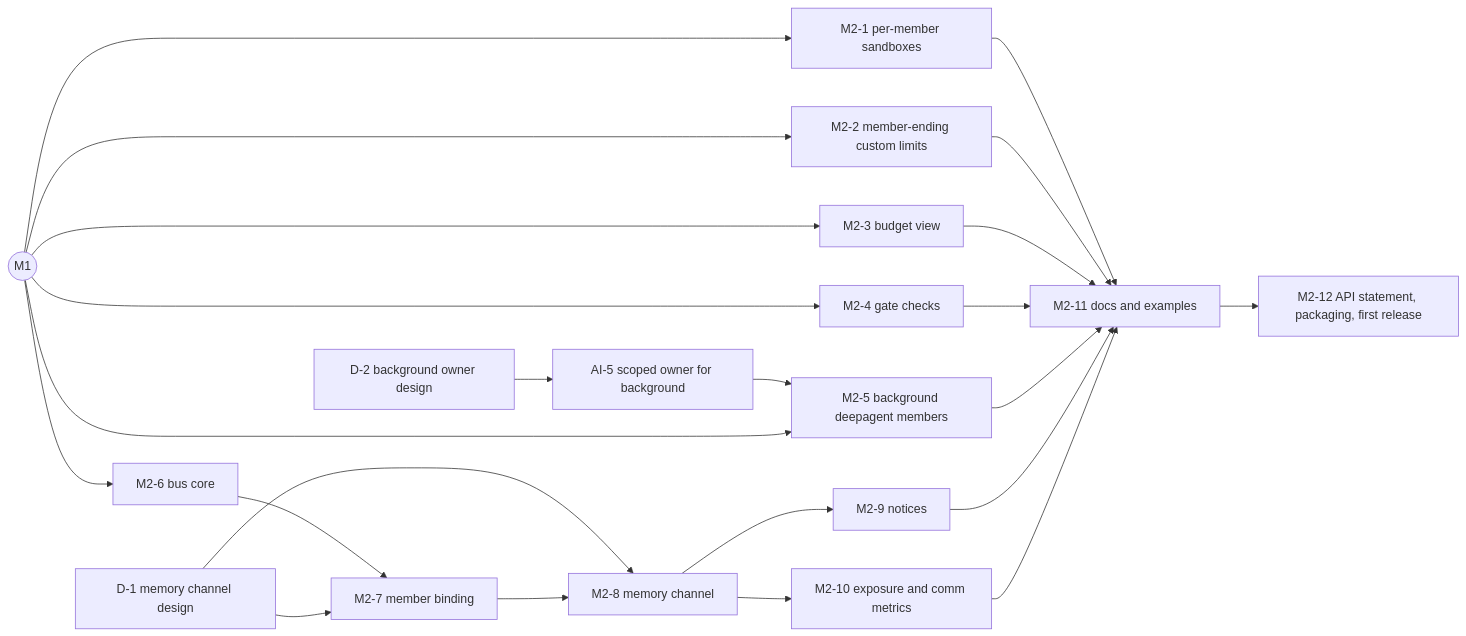
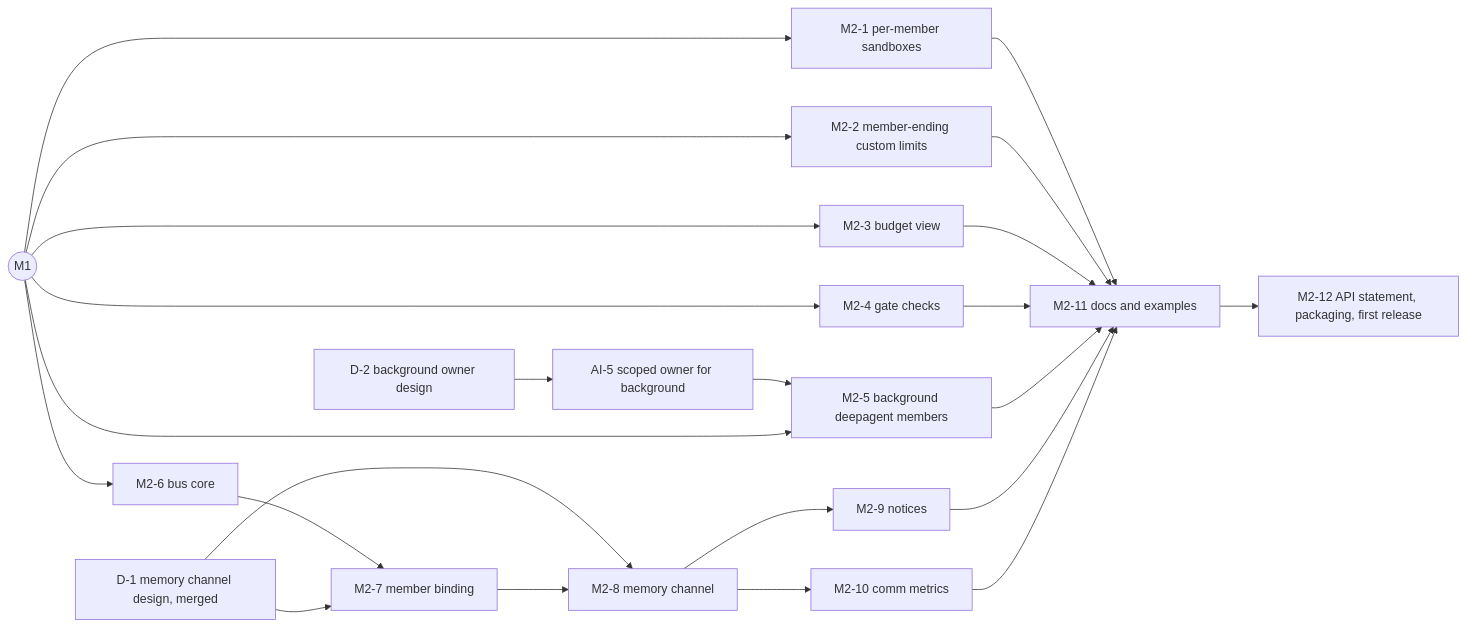
Before and after one commit to joesposito8/inspect_swarm: the second of 2 diagrams in design/swarm-implementation-plan.md, drawn with Mermaid. The commit also changed other lines of this file and 8 other files, not shown here.

````diff
--- a/design/swarm-implementation-plan.md
+++ b/design/swarm-implementation-plan.md
@@ -268,19 +268,19 @@
 ```mermaid
 flowchart LR
   M1((M1)) --> M2_1[M2-1 per-member sandboxes]
   M1 --> M2_2[M2-2 member-ending custom limits]
   M1 --> M2_3[M2-3 budget view]
   M1 --> M2_4[M2-4 gate checks]
   D2[D-2 background owner design] --> AI5[AI-5 scoped owner for background]
   AI5 --> M2_5[M2-5 background deepagent members]
   M1 --> M2_5
   M1 --> M2_6[M2-6 bus core]
   M2_6 --> M2_7[M2-7 member binding]
-  D1[D-1 memory channel design] --> M2_7
+  D1[D-1 memory channel design, merged] --> M2_7
   D1 --> M2_8
   M2_7 --> M2_8[M2-8 memory channel]
   M2_8 --> M2_9[M2-9 notices]
-  M2_8 --> M2_10[M2-10 exposure and comm metrics]
+  M2_8 --> M2_10[M2-10 comm metrics]
   M2_1 & M2_2 & M2_3 & M2_4 & M2_5 & M2_9 & M2_10 --> M2_11[M2-11 docs and examples]
   M2_11 --> M2_12[M2-12 API statement, packaging, first release]
 ```
````
